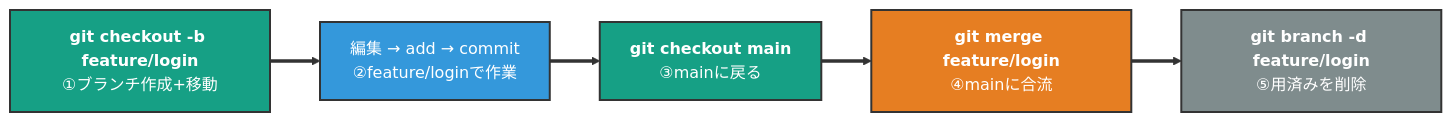
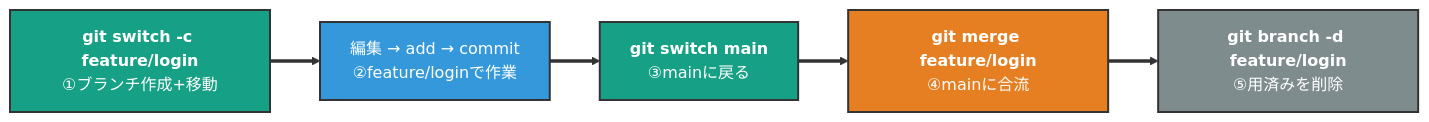
Before and after one commit to kasuyaofcb/tech_docs: the seventh of 21 diagrams in 02_git/git.md, drawn with Mermaid. The commit also changed other lines of this file and 1 other file, not shown here.

First line of the commit message:
docs(git): 初学者目線の通読で見つかった違和感を修正

````diff
--- a/02_git/git.md
+++ b/02_git/git.md
@@ -304,13 +304,13 @@
 ```mermaid
 flowchart LR
-    C1["<b>git checkout -b feature/login</b><br/>①ブランチ作成+移動"] ==> C2["編集 → add → commit<br/>②feature/loginで作業"]
-    C2 ==> C3["<b>git checkout main</b><br/>③mainに戻る"]
+    C1["<b>git switch -c feature/login</b><br/>①ブランチ作成+移動"] ==> C2["編集 → add → commit<br/>②feature/loginで作業"]
+    C2 ==> C3["<b>git switch main</b><br/>③mainに戻る"]
     C3 ==> C4["<b>git merge feature/login</b><br/>④mainに合流"]
     C4 ==> C5["<b>git branch -d feature/login</b><br/>⑤用済みを削除"]
 
     style C1 fill:#16A085,color:#FFFFFF,stroke:#333,stroke-width:2px
     style C2 fill:#3498DB,color:#FFFFFF,stroke:#333,stroke-width:2px
     style C3 fill:#16A085,color:#FFFFFF,stroke:#333,stroke-width:2px
     style C4 fill:#E67E22,color:#FFFFFF,stroke:#333,stroke-width:2px
     style C5 fill:#7F8C8D,color:#FFFFFF,stroke:#333,stroke-width:2px
 ```
````
